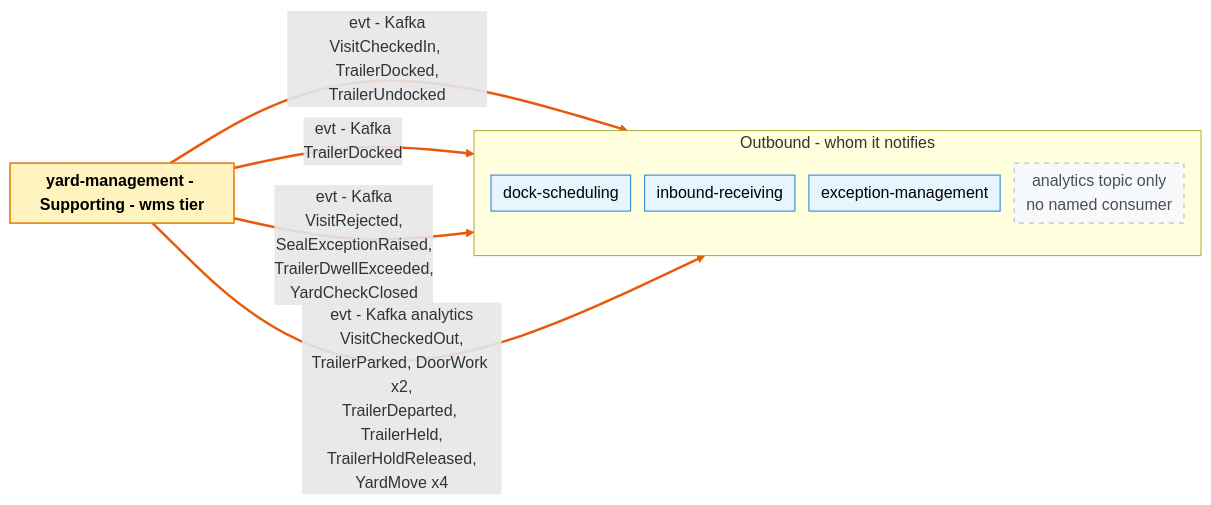
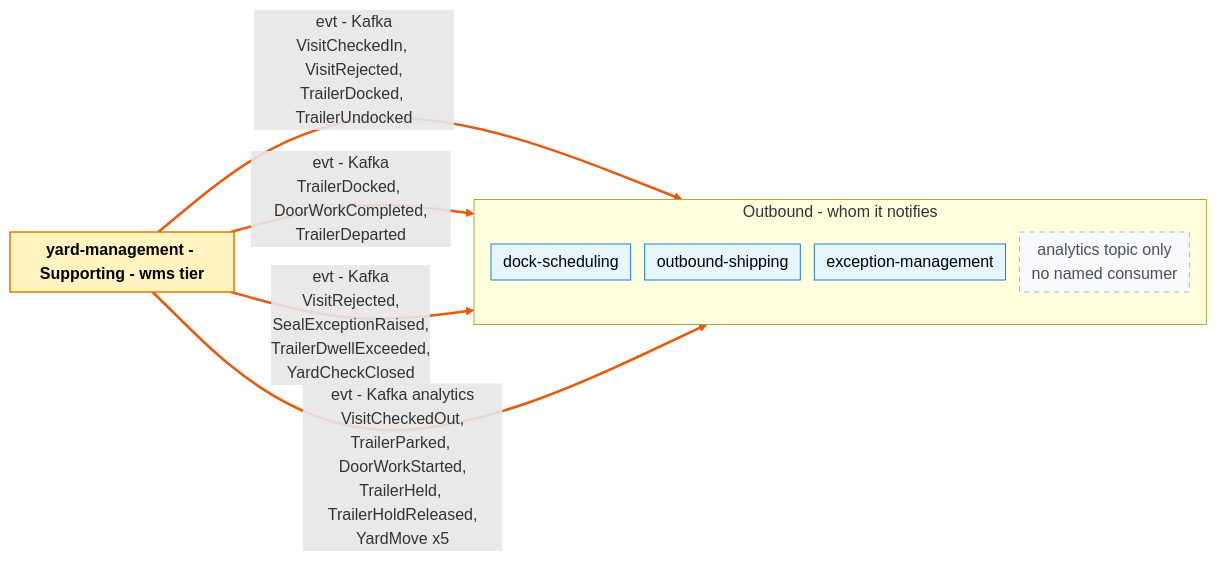
The second of 2 diagrams in yard/docs/contexts/yard-management/bounded-context-canvas.md (IQVO/warehouse-docs), drawn with Mermaid before and after one commit. The commit also changed other lines of this file and 51 other files, not shown here.

````diff
--- a/yard/docs/contexts/yard-management/bounded-context-canvas.md
+++ b/yard/docs/contexts/yard-management/bounded-context-canvas.md
@@ -79,23 +79,23 @@
 ```mermaid
 %%{init: {"flowchart": {"nodeSpacing": 14, "rankSpacing": 40, "padding": 6}}}%%
 flowchart LR
     classDef bc fill:#fff3bf,stroke:#e67700,stroke-width:1.5px,color:#000
     classDef ctx fill:#e7f5ff,stroke:#1c7ed6,color:#000
     classDef none fill:#f8f9fa,stroke:#adb5bd,stroke-dasharray:5 5,color:#495057
     BC["<b>yard-management - Supporting - wms tier</b>"]:::bc
     subgraph OUT["Outbound - whom it notifies"]
         direction TB
         out0["dock-scheduling"]:::ctx
-        out1["inbound-receiving"]:::ctx
+        out1["outbound-shipping"]:::ctx
         out2["exception-management"]:::ctx
         out3["analytics topic only<br/>no named consumer"]:::none
     end
-    BC ==>|"evt - Kafka<br/>VisitCheckedIn, TrailerDocked,<br/>TrailerUndocked"| out0
-    BC ==>|"evt - Kafka<br/>TrailerDocked"| out1
+    BC ==>|"evt - Kafka<br/>VisitCheckedIn, VisitRejected,<br/>TrailerDocked, TrailerUndocked"| out0
+    BC ==>|"evt - Kafka<br/>TrailerDocked, DoorWorkCompleted,<br/>TrailerDeparted"| out1
     BC ==>|"evt - Kafka<br/>VisitRejected,<br/>SealExceptionRaised,<br/>TrailerDwellExceeded,<br/>YardCheckClosed"| out2
-    BC ==>|"evt - Kafka analytics<br/>VisitCheckedOut,<br/>TrailerParked, DoorWork x2,<br/>TrailerDeparted, TrailerHeld,<br/>TrailerHoldReleased,<br/>YardMove x4"| out3
+    BC ==>|"evt - Kafka analytics<br/>VisitCheckedOut,<br/>TrailerParked, DoorWorkStarted,<br/>TrailerHeld, TrailerHoldReleased,<br/>YardMove x5"| out3
     linkStyle 0 stroke:#e8590c,stroke-width:2.5px
     linkStyle 1 stroke:#e8590c,stroke-width:2.5px
     linkStyle 2 stroke:#e8590c,stroke-width:2.5px
     linkStyle 3 stroke:#e8590c,stroke-width:2.5px
 ```
````
